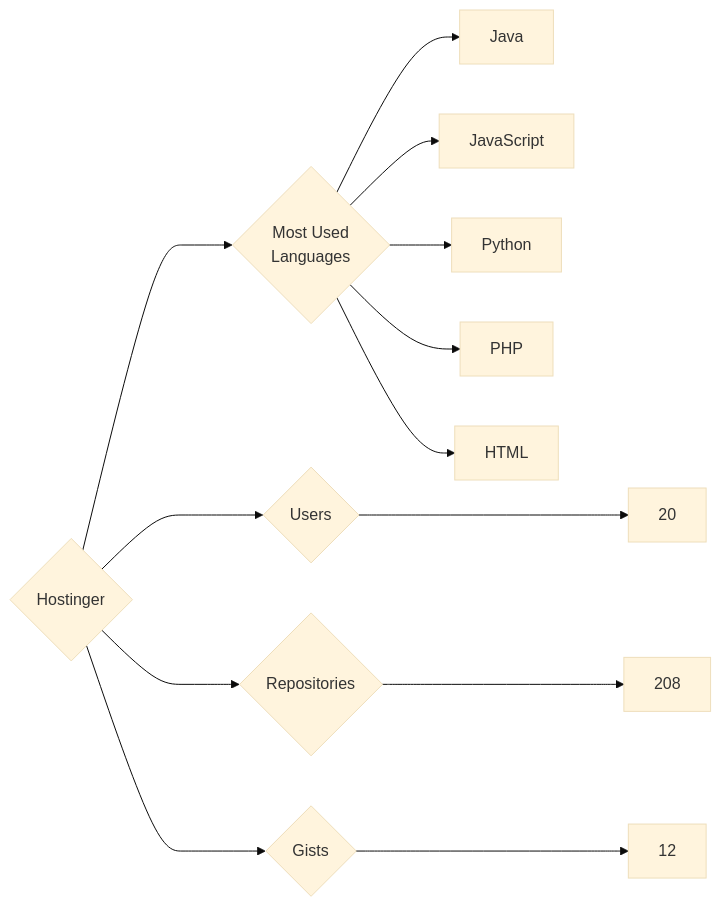
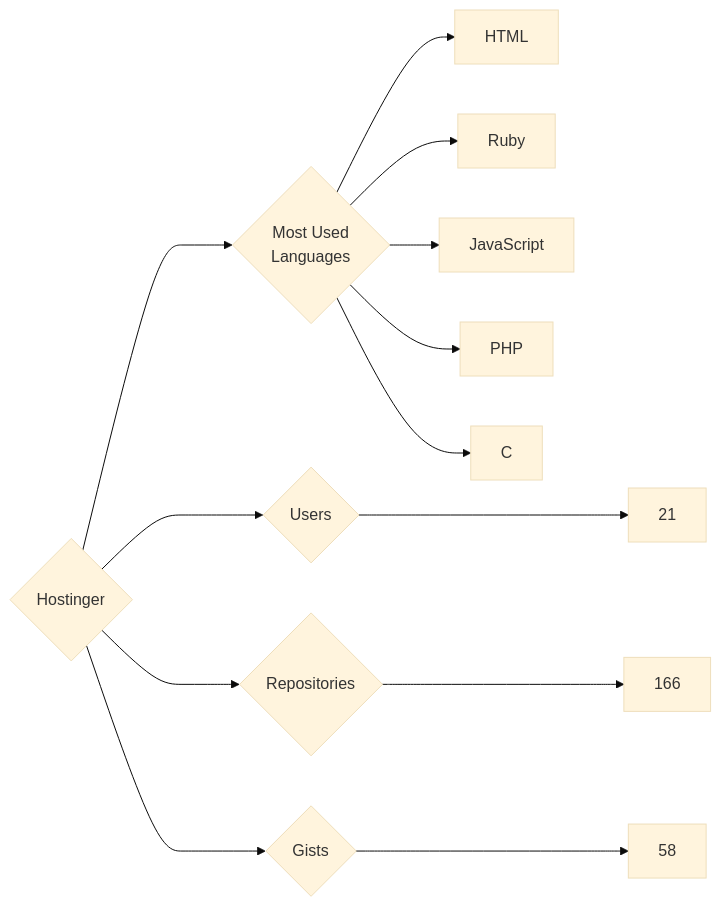
Before and after one commit to trickest/insiders: the diagram in targets/Hostinger/README.md, drawn with Mermaid (base theme). The commit also changed 688 other files, not shown here.

````diff
--- a/targets/Hostinger/README.md
+++ b/targets/Hostinger/README.md
@@ -3,13 +3,13 @@
 ```mermaid
 graph LR
 COMPANY_NAME{Hostinger}
-COMPANY_NAME ---> U{Users} ---> UN[20]
-COMPANY_NAME ---> R{Repositories} ---> RN[208]
-COMPANY_NAME ---> G{Gists} ---> GN[12]
+COMPANY_NAME ---> U{Users} ---> UN[21]
+COMPANY_NAME ---> R{Repositories} ---> RN[166]
+COMPANY_NAME ---> G{Gists} ---> GN[58]
 COMPANY_NAME ---> ML{Most Used<br>Languages}
-ML --> Java[Java]
+ML --> HTML[HTML]
+ML --> Ruby[Ruby]
 ML --> JavaScript[JavaScript]
-ML --> Python[Python]
 ML --> PHP[PHP]
-ML --> HTML[HTML]
+ML --> C[C]
 ```
````
